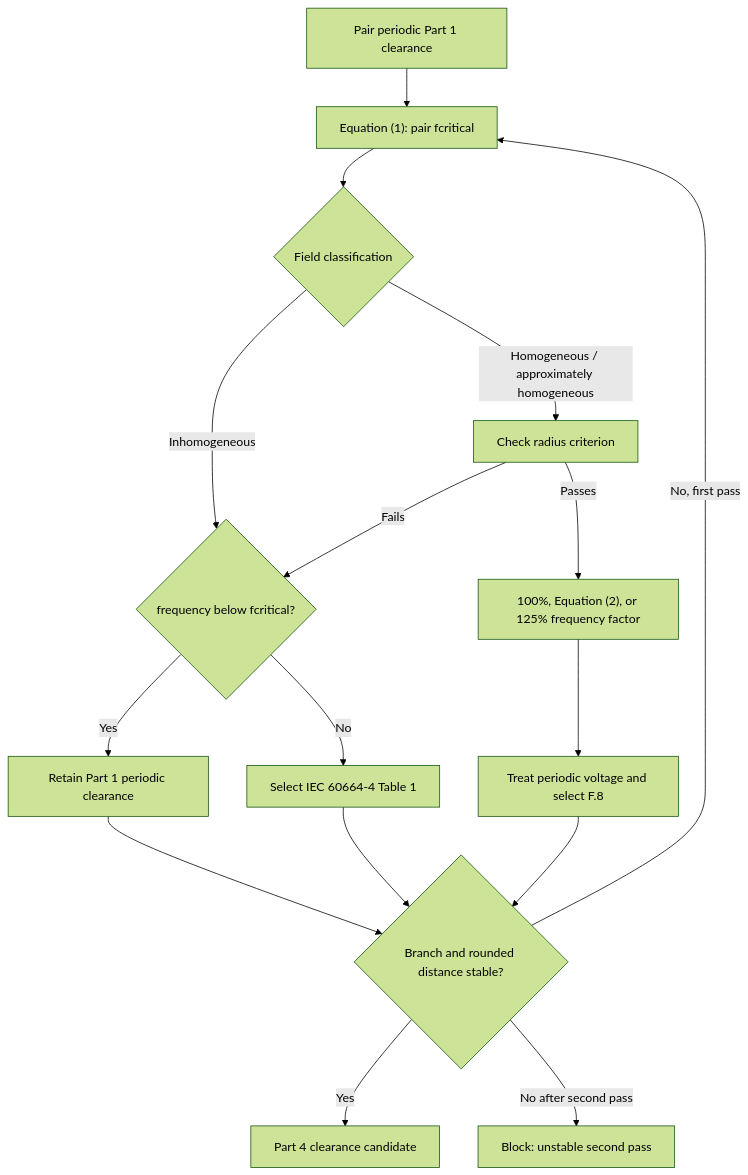
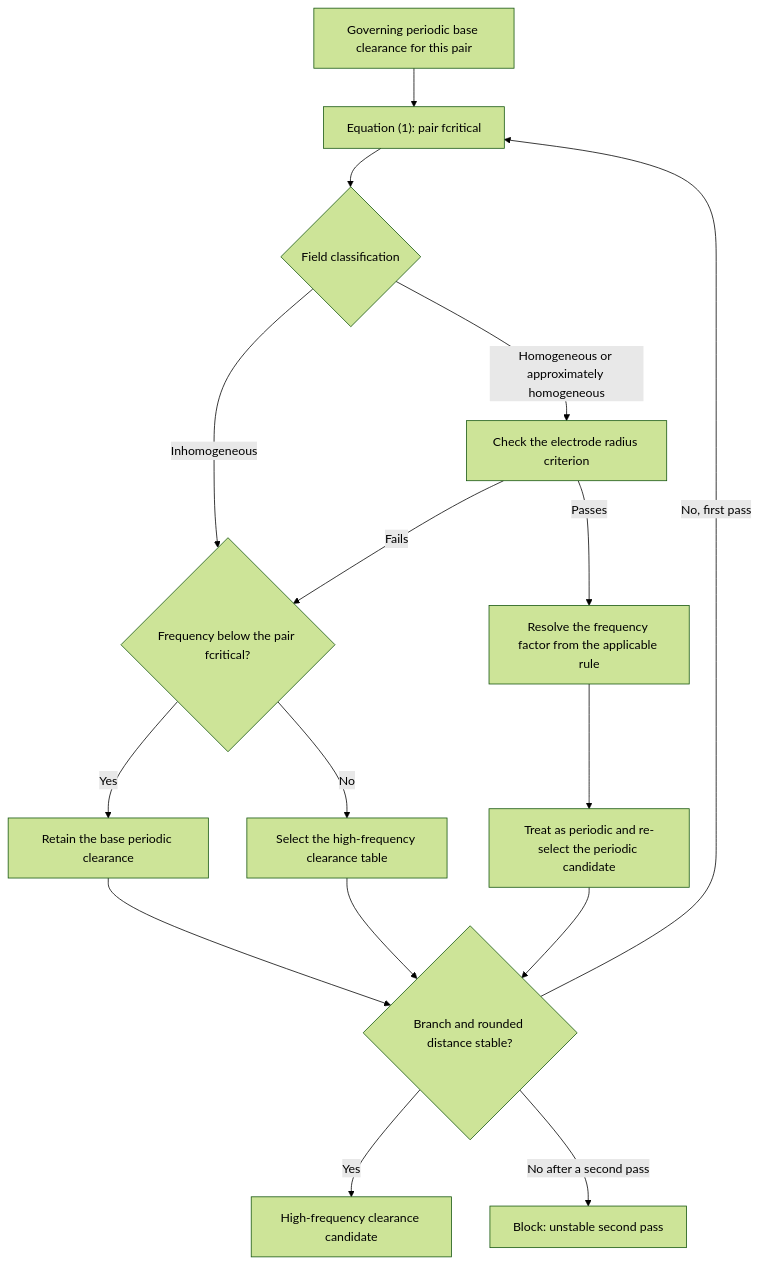
The third of 5 diagrams in README.md (smarley2/insulation-coordination-calculator), drawn with Mermaid (forest theme) before and after one commit. The commit also changed other lines of this file and 2 other files, not shown here.

First line of the commit message:
The README describes the calculator's own workflows, and a test keeps the figures out of them (#124)

````diff
--- a/README.md
+++ b/README.md
@@ -113,18 +184,18 @@
 ```mermaid
 flowchart TD
-    P["Pair periodic Part 1 clearance"] --> FC["Equation (1): pair fcritical"]
+    S["Governing periodic base clearance for this pair"] --> FC["Equation (1): pair fcritical"]
     FC --> FIELD{"Field classification"}
-    FIELD -- "Inhomogeneous" --> CMP{"frequency below fcritical?"}
-    FIELD -- "Homogeneous / approximately homogeneous" --> R["Check radius criterion"]
-    R -- "Fails" --> CMP
-    R -- "Passes" --> FACT["100%, Equation (2), or 125% frequency factor"]
-    FACT --> HF8["Treat periodic voltage and select F.8"]
-    CMP -- "Yes" --> KEEP["Retain Part 1 periodic clearance"]
-    CMP -- "No" --> T1["Select IEC 60664-4 Table 1"]
-    KEEP --> STABLE{"Branch and rounded distance stable?"}
-    T1 --> STABLE
-    HF8 --> STABLE
-    STABLE -- "No, first pass" --> FC
-    STABLE -- "Yes" --> OUT["Part 4 clearance candidate"]
-    STABLE -- "No after second pass" --> BLOCK["Block: unstable second pass"]
+    FIELD -- "Inhomogeneous" --> CMP{"Frequency below the pair fcritical?"}
+    FIELD -- "Homogeneous or approximately homogeneous" --> RAD["Check the electrode radius criterion"]
+    RAD -- "Fails" --> CMP
+    RAD -- "Passes" --> FACT["Resolve the frequency factor from the applicable rule"]
+    FACT --> PEAK["Treat as periodic and re-select the periodic candidate"]
+    CMP -- "Yes" --> KEEP["Retain the base periodic clearance"]
+    CMP -- "No" --> TBL["Select the high-frequency clearance table"]
+    KEEP --> ST{"Branch and rounded distance stable?"}
+    TBL --> ST
+    PEAK --> ST
+    ST -- "No, first pass" --> FC
+    ST -- "Yes" --> CAND["High-frequency clearance candidate"]
+    ST -- "No after a second pass" --> BLOCK["Block: unstable second pass"]
 ```
````
